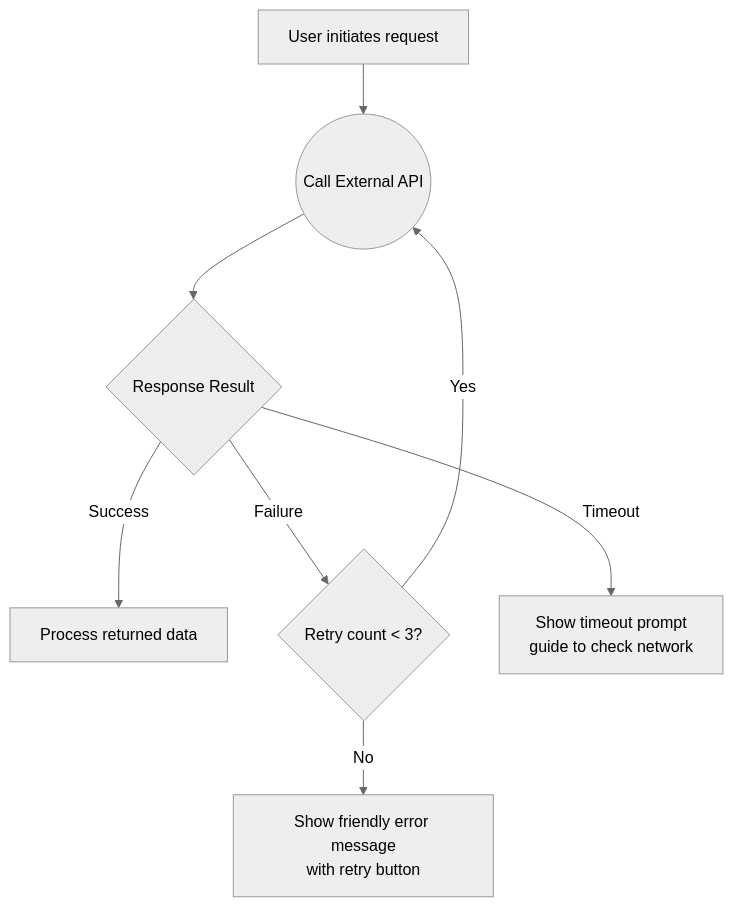
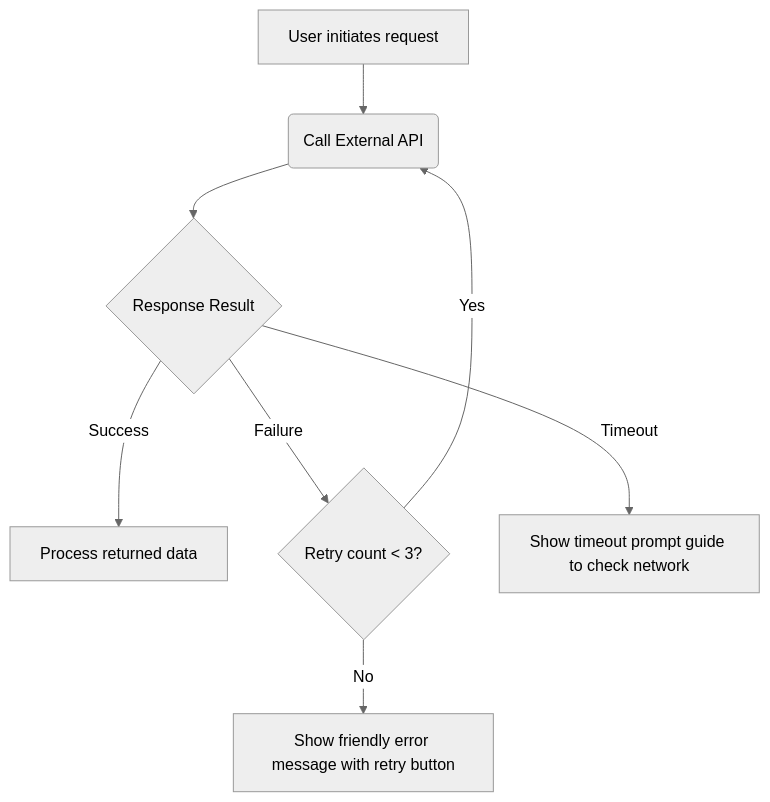
One commit to sacrtap/Opc_Kit changed the first of 4 diagrams in create-prd/assets/mermaid-snippets.md. Above: the diagram before and after it, drawn with Mermaid (neutral theme). The commit also changed other lines of this file and 5 other files, not shown here.

````diff
--- a/create-prd/assets/mermaid-snippets.md
+++ b/create-prd/assets/mermaid-snippets.md
@@ -5,10 +5,10 @@
 ```mermaid
 flowchart TD
-    A[User initiates request] --> B((Call External API))
+    A[User initiates request] --> B(Call External API)
     B --> C{Response Result}
     C -->|Success| D[Process returned data]
     C -->|Failure| E{Retry count < 3?}
     E -->|Yes| B
-    E -->|No| F[Show friendly error message<br/>with retry button]
-    C -->|Timeout| G[Show timeout prompt<br/>guide to check network]
+    E -->|No| F[Show friendly error message with retry button]
+    C -->|Timeout| G[Show timeout prompt guide to check network]
 ```
````
